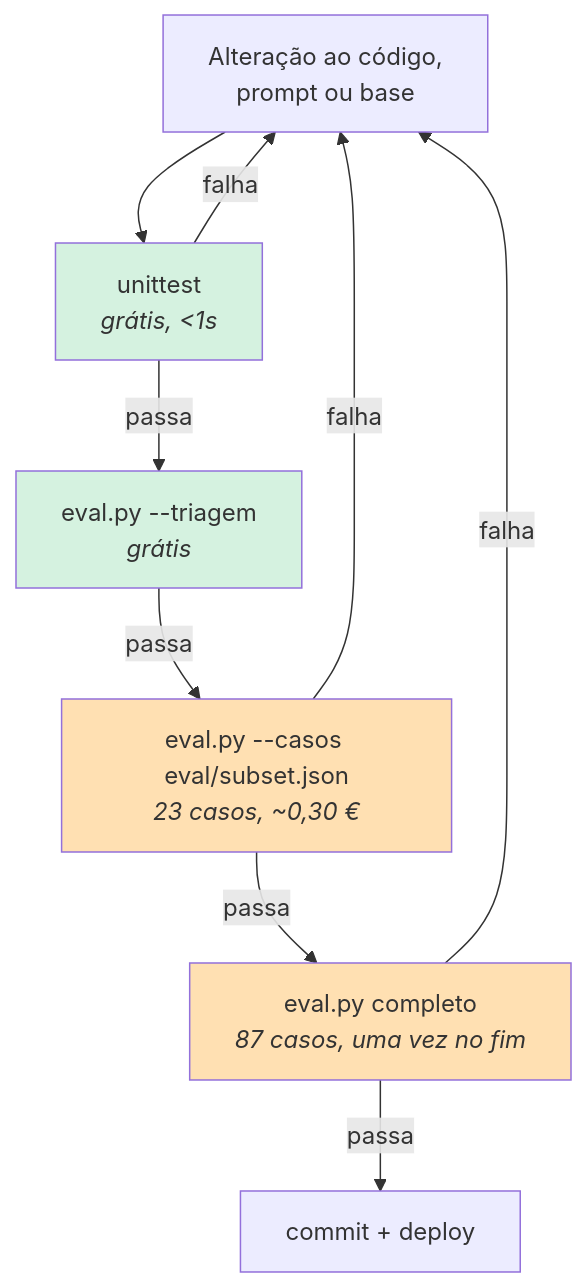
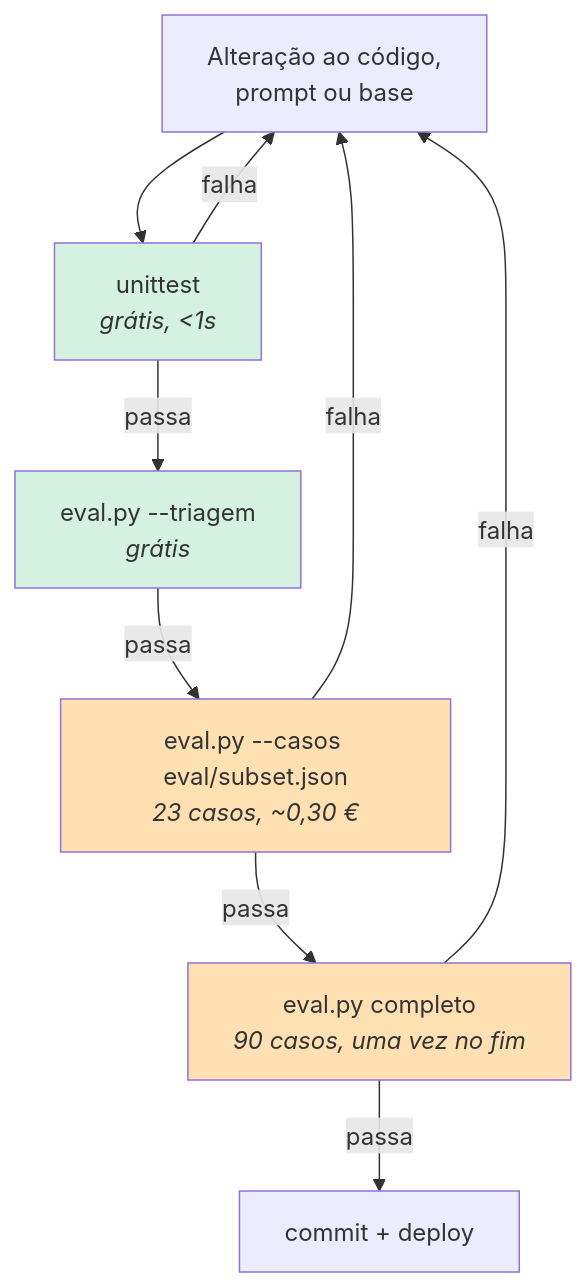
The third of 3 diagrams in docs/05-reliability/qa.md (joaocarvalhini/Outlook-Reply-Assistant), drawn with Mermaid before and after one commit. The commit also changed other lines of this file and 10 other files, not shown here.

````diff
--- a/docs/05-reliability/qa.md
+++ b/docs/05-reliability/qa.md
@@ -153,16 +153,16 @@
 ```mermaid
 flowchart TD
     A["Alteração ao código,<br/>prompt ou base"] --> B["unittest<br/><i>grátis, &lt;1s</i>"]
     B -->|passa| C["eval.py --triagem<br/><i>grátis</i>"]
     B -->|falha| A
     C -->|passa| D["eval.py --casos eval/subset.json<br/><i>23 casos, ~0,30 €</i>"]
-    D -->|passa| E["eval.py completo<br/><i>87 casos, uma vez no fim</i>"]
+    D -->|passa| E["eval.py completo<br/><i>90 casos, uma vez no fim</i>"]
     D -->|falha| A
     E -->|passa| F["commit + deploy"]
     E -->|falha| A
 
     style B fill:#d5f2e0
     style C fill:#d5f2e0
     style D fill:#ffe0b2
     style E fill:#ffe0b2
 ```
````
